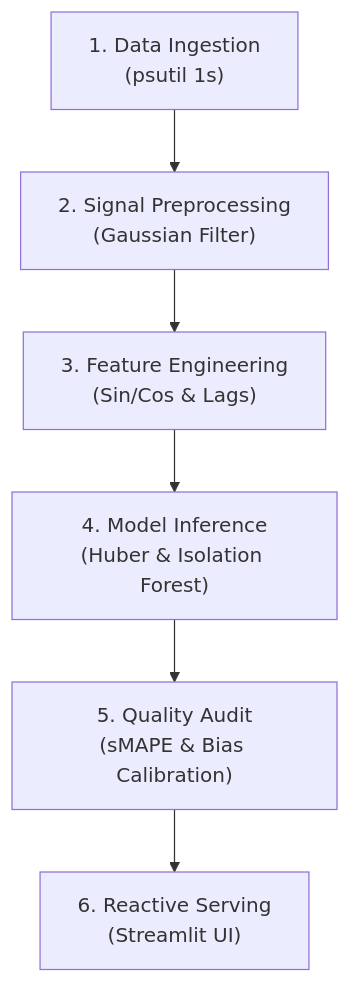
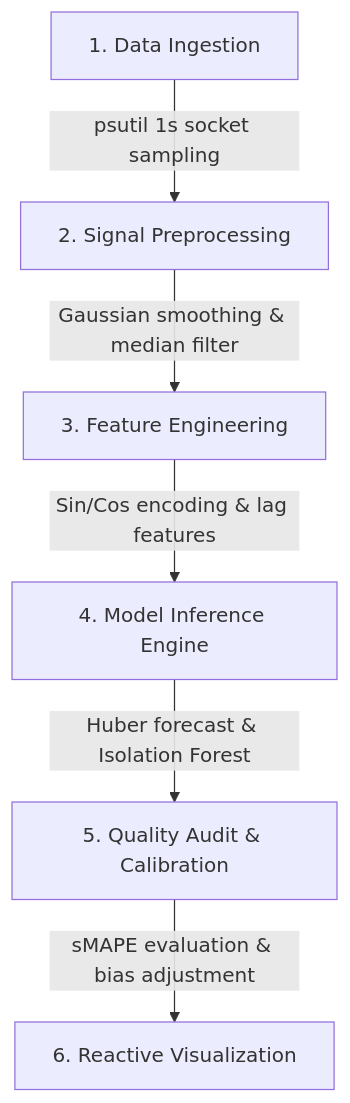
Before and after one commit to thapanon-chu/netpulse: the second of 2 diagrams in README.md, drawn with Mermaid.

Commit message:
Refactor ML workflow to single-line node titles with edge transition descriptions

````diff
--- a/README.md
+++ b/README.md
@@ -148,8 +148,8 @@
 ```mermaid
 graph TD
-    A["1. Data Ingestion<br/>(psutil 1s)"] --> B["2. Signal Preprocessing<br/>(Gaussian Filter)"]
-    B --> C["3. Feature Engineering<br/>(Sin/Cos & Lags)"]
-    C --> D["4. Model Inference<br/>(Huber & Isolation Forest)"]
-    D --> E["5. Quality Audit<br/>(sMAPE & Bias Calibration)"]
-    E --> F["6. Reactive Serving<br/>(Streamlit UI)"]
+    A["1. Data Ingestion"] -->|"psutil 1s socket sampling"| B["2. Signal Preprocessing"]
+    B -->|"Gaussian smoothing & median filter"| C["3. Feature Engineering"]
+    C -->|"Sin/Cos encoding & lag features"| D["4. Model Inference Engine"]
+    D -->|"Huber forecast & Isolation Forest"| E["5. Quality Audit & Calibration"]
+    E -->|"sMAPE evaluation & bias adjustment"| F["6. Reactive Visualization"]
 ```
````
